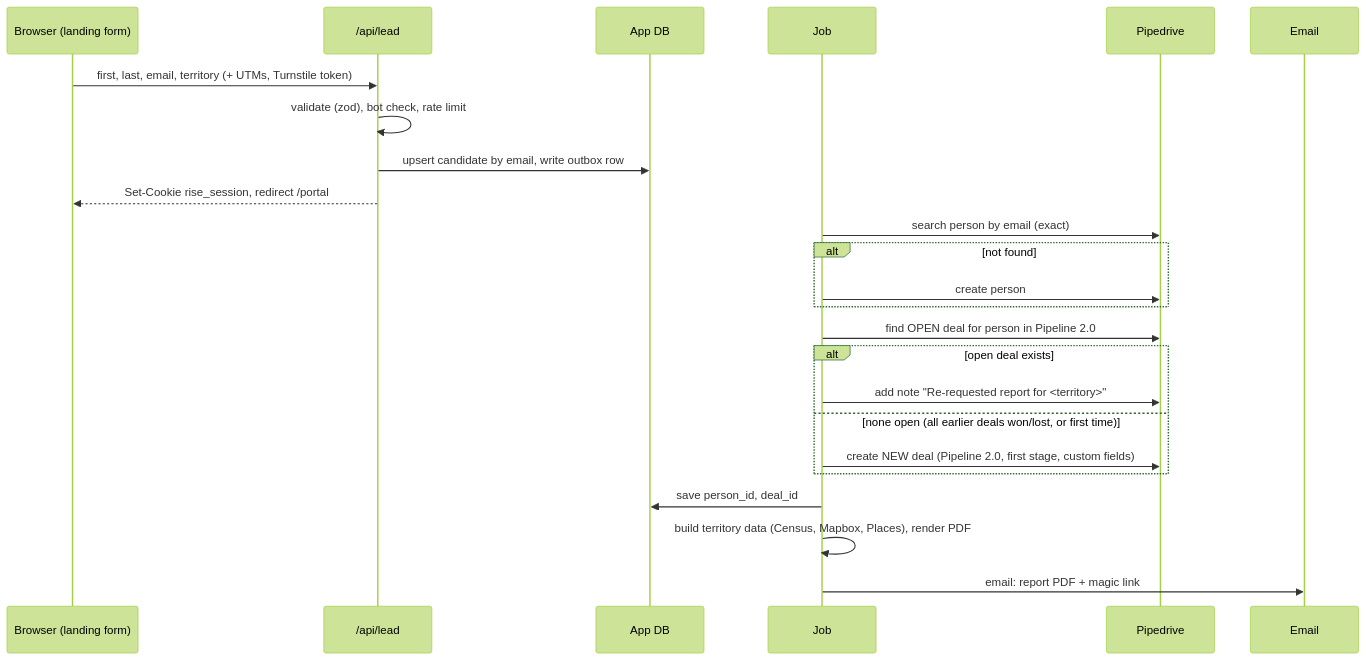
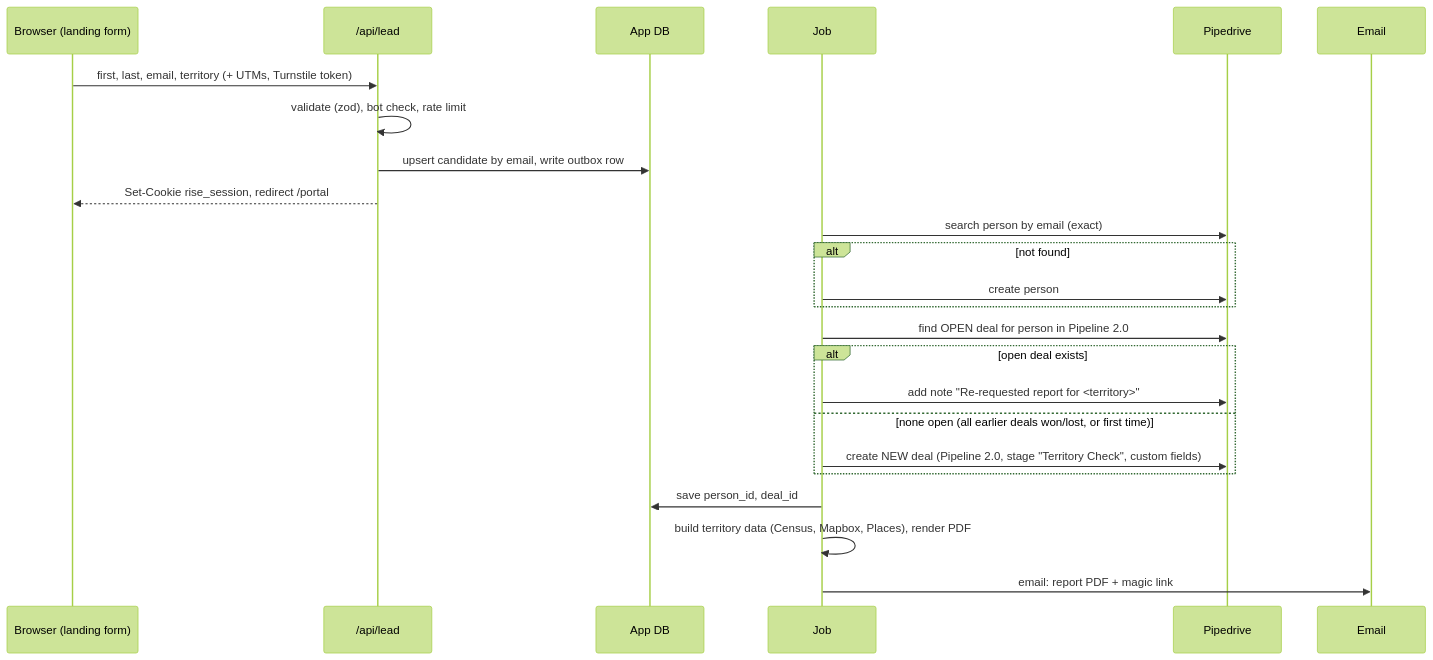
One commit to gahlbergioabea/rise_connecteam_tools changed the second of 3 diagrams in docs/franchise-portal-architecture.md. Above: the diagram before and after it, drawn with Mermaid (forest theme). The commit also changed other lines of this file, not shown here.

First line of the commit message:
Map portal to the real 16-stage Pipeline 2.0

````diff
--- a/docs/franchise-portal-architecture.md
+++ b/docs/franchise-portal-architecture.md
@@ -170,27 +190,27 @@
 ```mermaid
 sequenceDiagram
   participant B as Browser (landing form)
   participant A as /api/lead
   participant D as App DB
   participant J as Job
   participant P as Pipedrive
   participant E as Email
 
   B->>A: first, last, email, territory (+ UTMs, Turnstile token)
   A->>A: validate (zod), bot check, rate limit
   A->>D: upsert candidate by email, write outbox row
   A-->>B: Set-Cookie rise_session, redirect /portal
   J->>P: search person by email (exact)
   alt not found
     J->>P: create person
   end
   J->>P: find OPEN deal for person in Pipeline 2.0
   alt open deal exists
     J->>P: add note "Re-requested report for <territory>"
   else none open (all earlier deals won/lost, or first time)
-    J->>P: create NEW deal (Pipeline 2.0, first stage, custom fields)
+    J->>P: create NEW deal (Pipeline 2.0, stage "Territory Check", custom fields)
   end
   J->>D: save person_id, deal_id
   J->>J: build territory data (Census, Mapbox, Places), render PDF
   J->>E: email: report PDF + magic link
 ```
````
